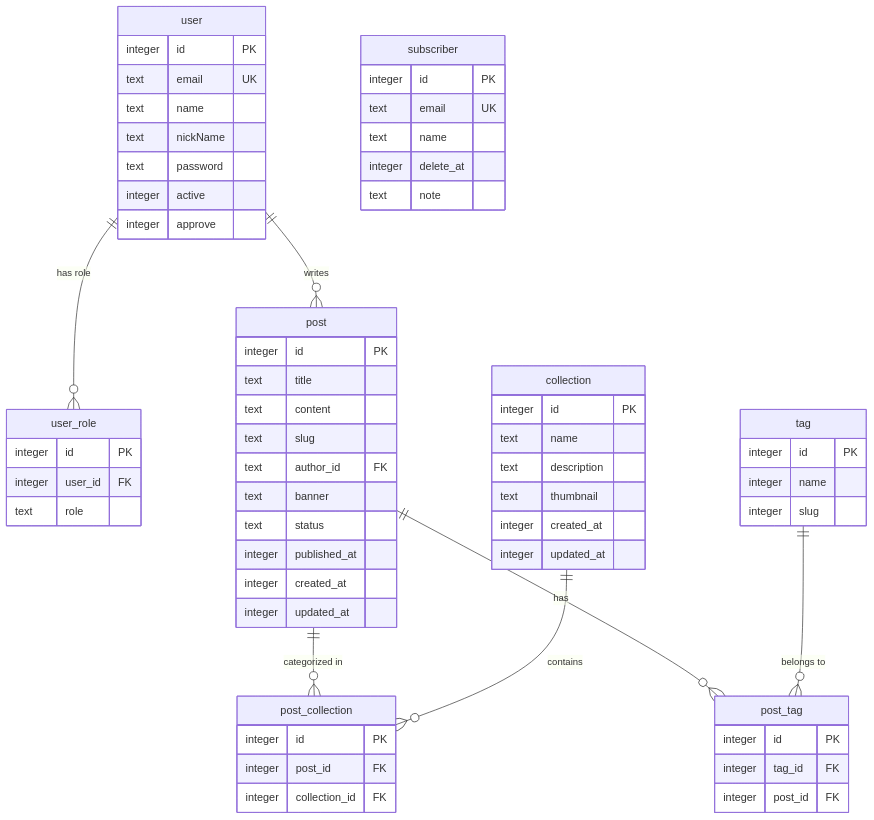
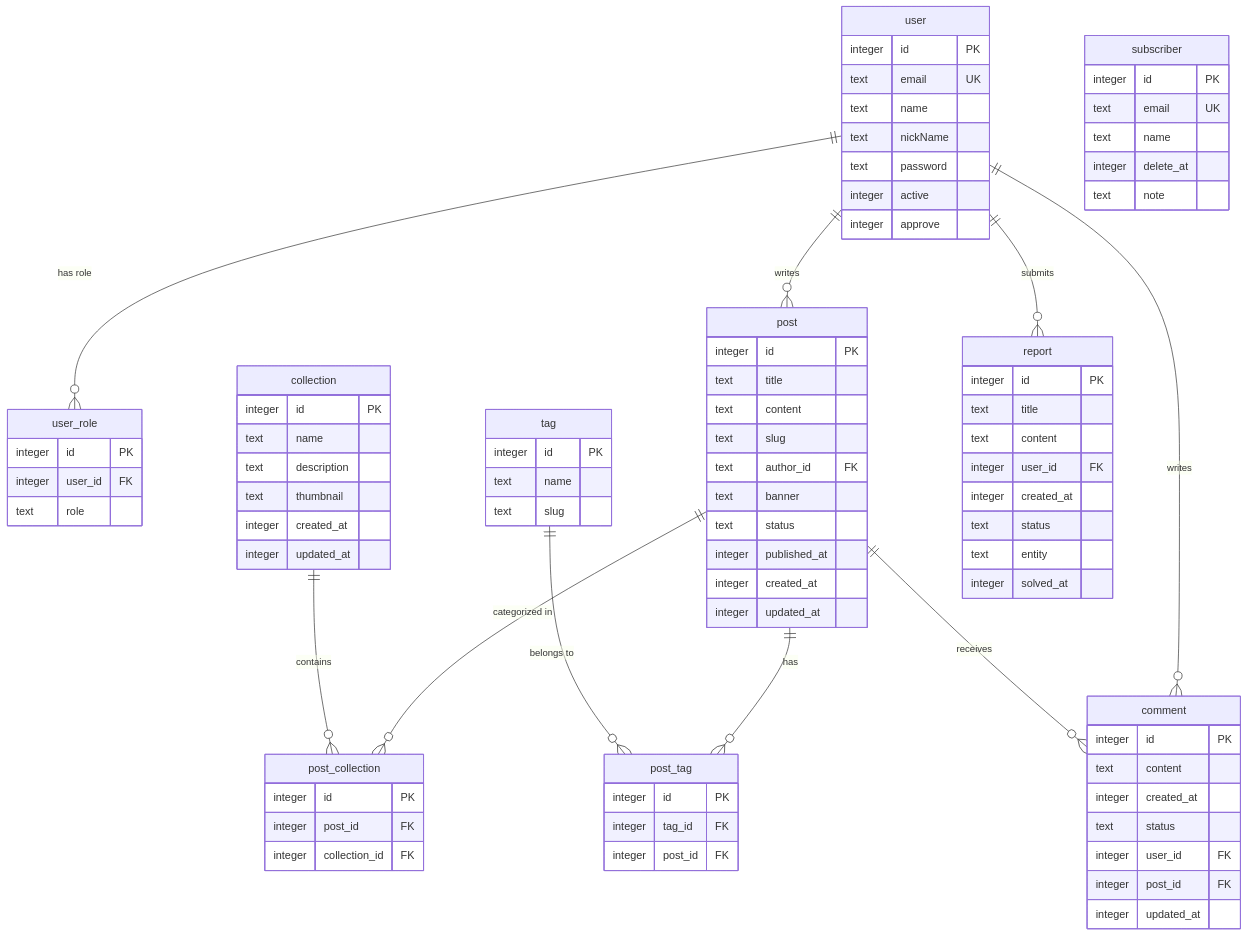
Before and after one commit to nguyenkhaan/cloudian-blog: the diagram in README.md, drawn with Mermaid. The commit also changed other lines of this file and 5 other files, not shown here.

```diff
--- a/README.md
+++ b/README.md
@@ -32,6 +43,9 @@
     collection ||--o{ post_collection : "contains"
     post ||--o{ post_tag : "has"
     tag ||--o{ post_tag : "belongs to"
+    user ||--o{ comment : "writes"
+    post ||--o{ comment : "receives"
+    user ||--o{ report : "submits"
 
     user {
         integer id PK
@@ -79,14 +93,35 @@
 
     tag {
         integer id PK
-        integer name
-        integer slug
+        text name
+        text slug
     }
 
     post_tag {
         integer id PK
         integer tag_id FK
         integer post_id FK
+    }
+
+    comment {
+        integer id PK
+        text content
+        integer created_at
+        text status
+        integer user_id FK
+        integer post_id FK
+        integer updated_at
+    }
+
+    report {
+        integer id PK
+        text title
+        text content
+        integer user_id FK
+        integer created_at
+        text status
+        text entity
+        integer solved_at
     }
 
     subscriber {
```
